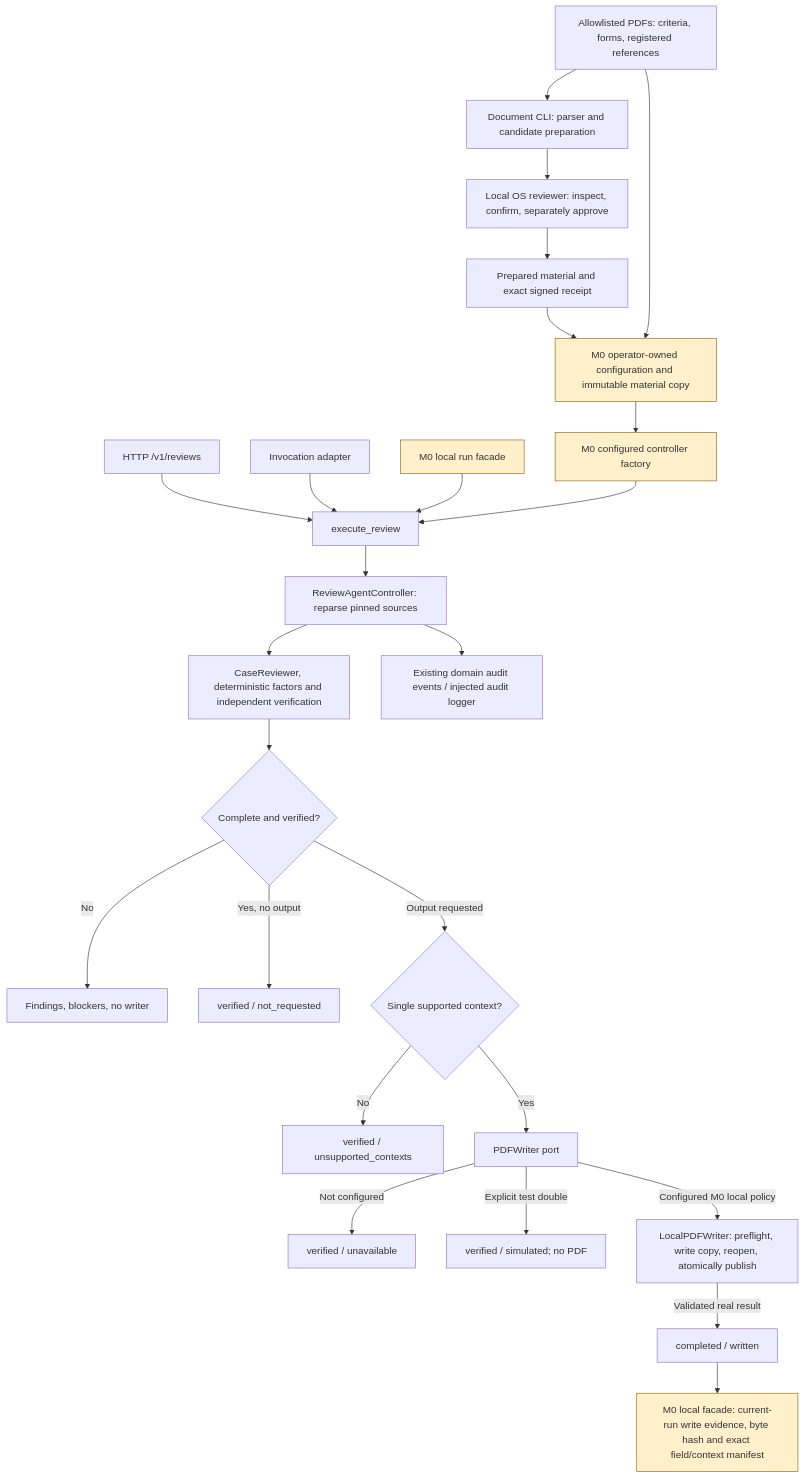
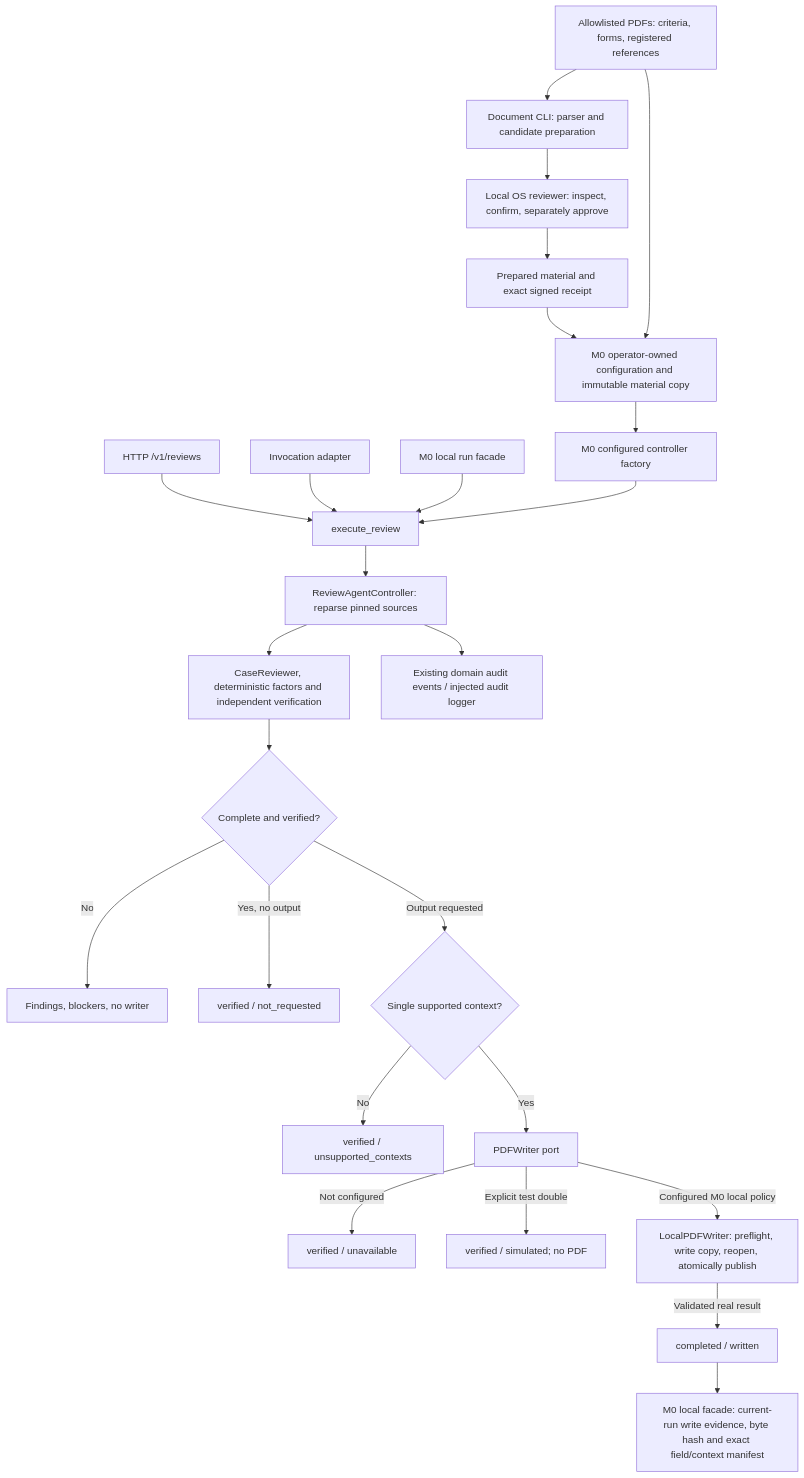
One commit to chengruchou/newtaipei-appraisal-review-ai changed the first of 2 diagrams in docs/architecture.md. Above: the diagram before and after it, drawn with Mermaid. The commit also changed other lines of this file and 4 other files, not shown here.

````diff
--- a/docs/architecture.md
+++ b/docs/architecture.md
@@ -16,29 +18,27 @@
 ```mermaid
 flowchart TD
     DOC["Allowlisted PDFs: criteria, forms, registered references"] --> PREP["Document CLI: parser and candidate preparation"]
     PREP --> HUMAN["Local OS reviewer: inspect, confirm, separately approve"]
     HUMAN --> MAT["Prepared material and exact signed receipt"]
     MAT --> CONFIG["M0 operator-owned configuration and immutable material copy"]
     DOC --> CONFIG
     CONFIG --> FACTORY["M0 configured controller factory"]
     HTTP["HTTP /v1/reviews"] --> ENTRY["execute_review"]
     INVOKE["Invocation adapter"] --> ENTRY
     FACADE["M0 local run facade"] --> ENTRY
     FACTORY --> ENTRY
     ENTRY --> CORE["ReviewAgentController: reparse pinned sources"]
     CORE --> REVIEW["CaseReviewer, deterministic factors and independent verification"]
     REVIEW --> GATE{"Complete and verified?"}
     GATE -->|No| FIND["Findings, blockers, no writer"]
     GATE -->|Yes, no output| VERIFIED["verified / not_requested"]
     GATE -->|Output requested| CONTEXT{"Single supported context?"}
     CONTEXT -->|No| UNSUPPORTED["verified / unsupported_contexts"]
     CONTEXT -->|Yes| WRITER["PDFWriter port"]
     WRITER -->|Not configured| UNAVAILABLE["verified / unavailable"]
     WRITER -->|Explicit test double| SIMULATED["verified / simulated; no PDF"]
     WRITER -->|Configured M0 local policy| REAL["LocalPDFWriter: preflight, write copy, reopen, atomically publish"]
     REAL -->|Validated real result| COMPLETED["completed / written"]
     COMPLETED --> MANIFEST["M0 local facade: current-run write evidence, byte hash and exact field/context manifest"]
     CORE --> AUDIT["Existing domain audit events / injected audit logger"]
-    classDef m0 fill:#fff0cc,stroke:#8b6508
-    class CONFIG,FACTORY,FACADE,MANIFEST m0
 ```
````
